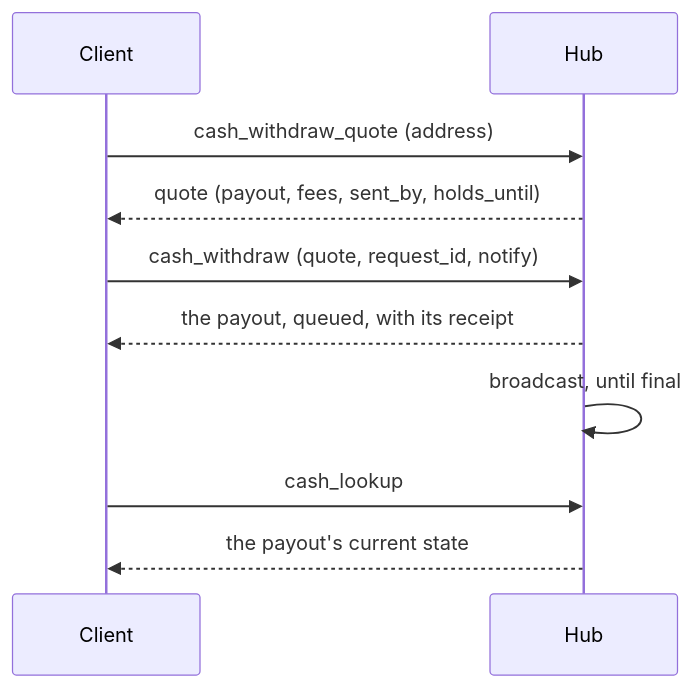
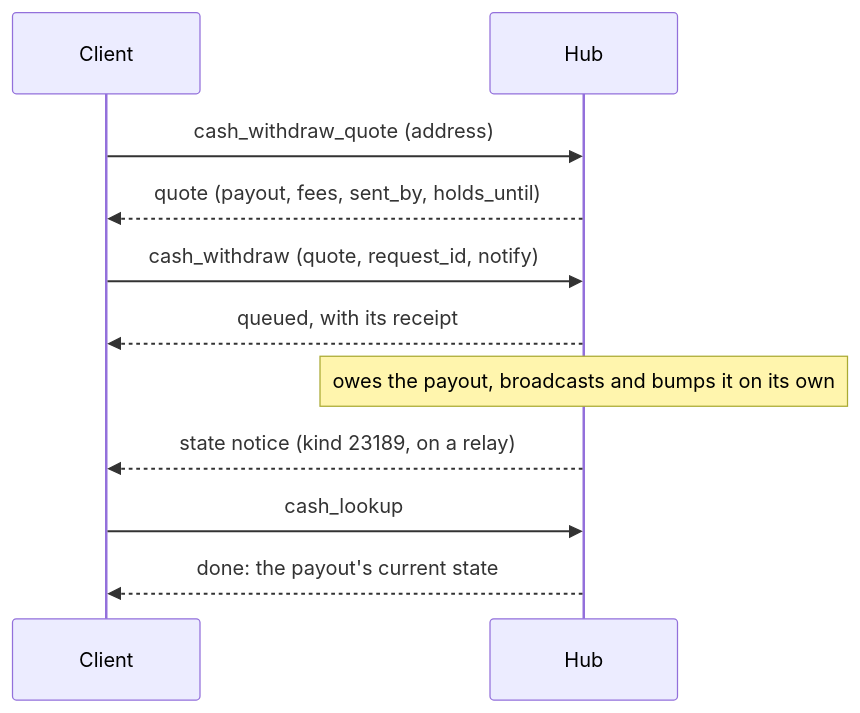
Before and after one commit to ohstr/nips: the first of 6 diagrams in NIP-CASH.md, drawn with Mermaid. The commit also changed other lines of this file, not shown here.

Commit message:
docs(nip-cash): reorder cash_withdraw for reading and close its implementation gaps (#52)

````diff
--- a/NIP-CASH.md
+++ b/NIP-CASH.md
@@ -577,12 +580,13 @@
 ```mermaid
 sequenceDiagram
     participant C as Client
     participant H as Hub
     C->>H: cash_withdraw_quote (address)
     H-->>C: quote (payout, fees, sent_by, holds_until)
     C->>H: cash_withdraw (quote, request_id, notify)
-    H-->>C: the payout, queued, with its receipt
-    H->>H: broadcast, until final
+    H-->>C: queued, with its receipt
+    Note over H: owes the payout, broadcasts and bumps it on its own
+    H-->>C: state notice (kind 23189, on a relay)
     C->>H: cash_lookup
-    H-->>C: the payout's current state
+    H-->>C: done: the payout's current state
 ```
````
